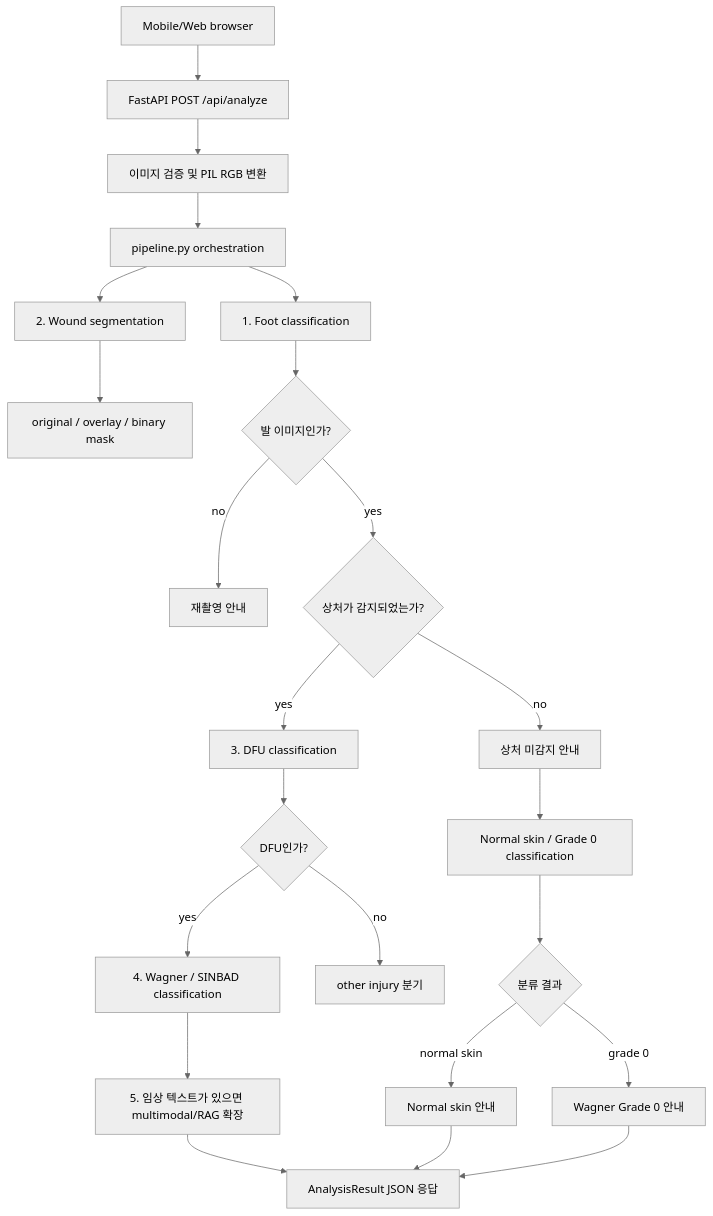
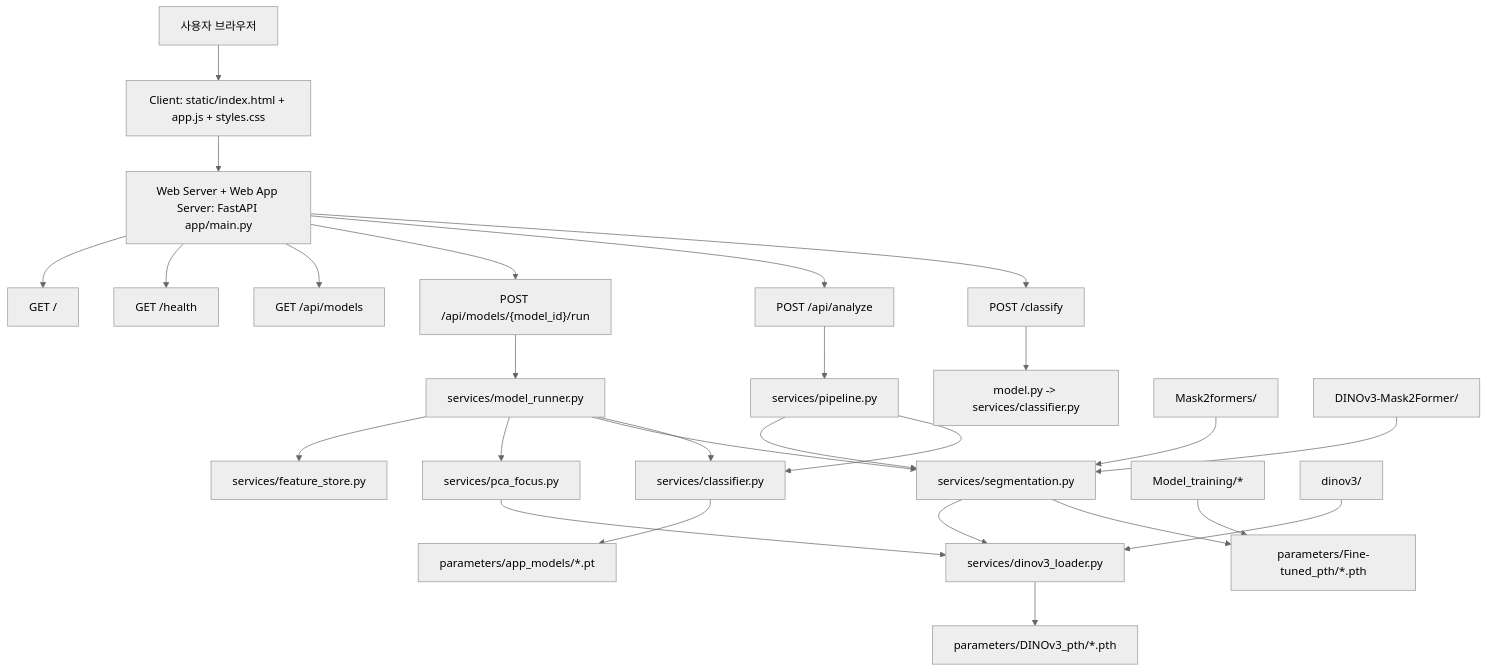
Before and after one commit to moses-song/dfu_model: the diagram in DFU_PROJECT.md, drawn with Mermaid (neutral theme). The commit also changed other lines of this file and 1 other file, not shown here.

Commit message:
Update DFU architecture documentation

````diff
--- a/DFU_PROJECT.md
+++ b/DFU_PROJECT.md
@@ -16,28 +17,34 @@
 ```mermaid
 flowchart TD
-  A["Mobile/Web browser"] --> B["FastAPI POST /api/analyze"]
-  B --> C["이미지 검증 및 PIL RGB 변환"]
-  C --> D["pipeline.py orchestration"]
-  D --> E["1. Foot classification"]
-  D --> F["2. Wound segmentation"]
-  F --> G["original / overlay / binary mask"]
-  E --> H{"발 이미지인가?"}
-  H -->|no| I["재촬영 안내"]
-  H -->|yes| J{"상처가 감지되었는가?"}
+  U["사용자 브라우저"] --> C["Client: static/index.html + app.js + styles.css"]
+  C --> S["Web Server + Web App Server: FastAPI app/main.py"]
+  S --> API1["GET /"]
+  S --> API2["GET /health"]
+  S --> API3["GET /api/models"]
+  S --> API4["POST /api/models/{model_id}/run"]
+  S --> API5["POST /api/analyze"]
+  S --> API6["POST /classify"]
 
-  J -->|no| K["상처 미감지 안내"]
-  K --> K1["Normal skin / Grade 0 classification"]
-  K1 --> K2{"분류 결과"}
-  K2 -->|normal skin| K3["Normal skin 안내"]
-  K2 -->|grade 0| K4["Wagner Grade 0 안내"]
+  API4 --> MR["services/model_runner.py"]
+  API5 --> PL["services/pipeline.py"]
+  API6 --> LG["model.py -> services/classifier.py"]
 
-  J -->|yes| L["3. DFU classification"]
-  L --> M{"DFU인가?"}
-  M -->|no| N["other injury 분기"]
-  M -->|yes| O["4. Wagner / SINBAD classification"]
-  O --> P["5. 임상 텍스트가 있으면 multimodal/RAG 확장"]
-  P --> Q["AnalysisResult JSON 응답"]
+  MR --> FS["services/feature_store.py"]
+  MR --> PCA["services/pca_focus.py"]
+  MR --> SEG["services/segmentation.py"]
+  MR --> CLS["services/classifier.py"]
 
-  K3 --> Q
-  K4 --> Q
+  PL --> SEG
+  PL --> CLS
+
+  SEG --> DINO["services/dinov3_loader.py"]
+  PCA --> DINO
+  DINO --> W1["parameters/DINOv3_pth/*.pth"]
+  SEG --> W2["parameters/Fine-tuned_pth/*.pth"]
+  CLS --> W3["parameters/app_models/*.pt"]
+
+  T["Model_training/*"] --> W2
+  R1["dinov3/"] --> DINO
+  R2["Mask2formers/"] --> SEG
+  R3["DINOv3-Mask2Former/"] --> SEG
 ```
````
